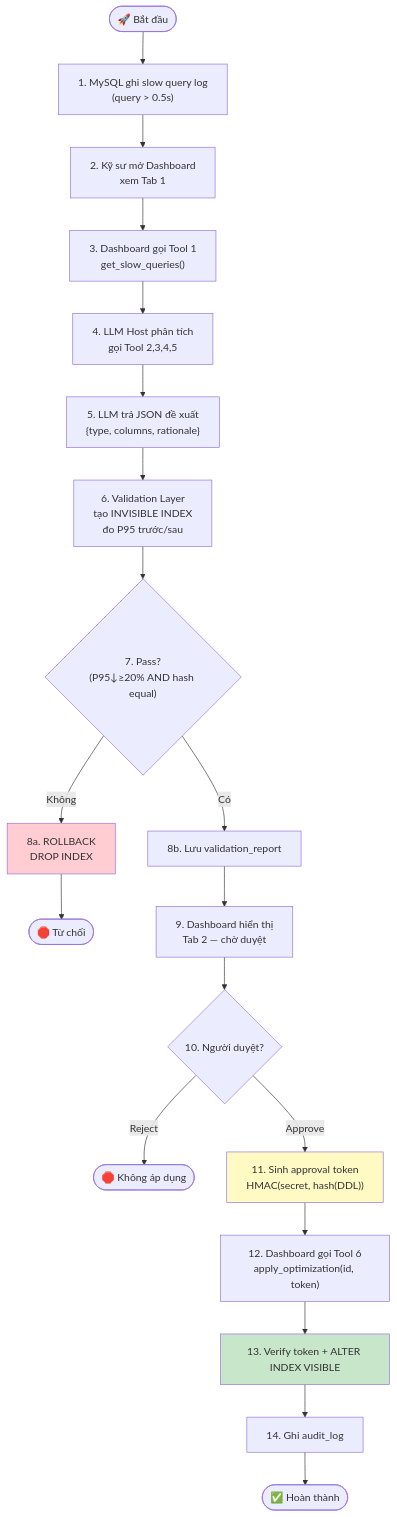
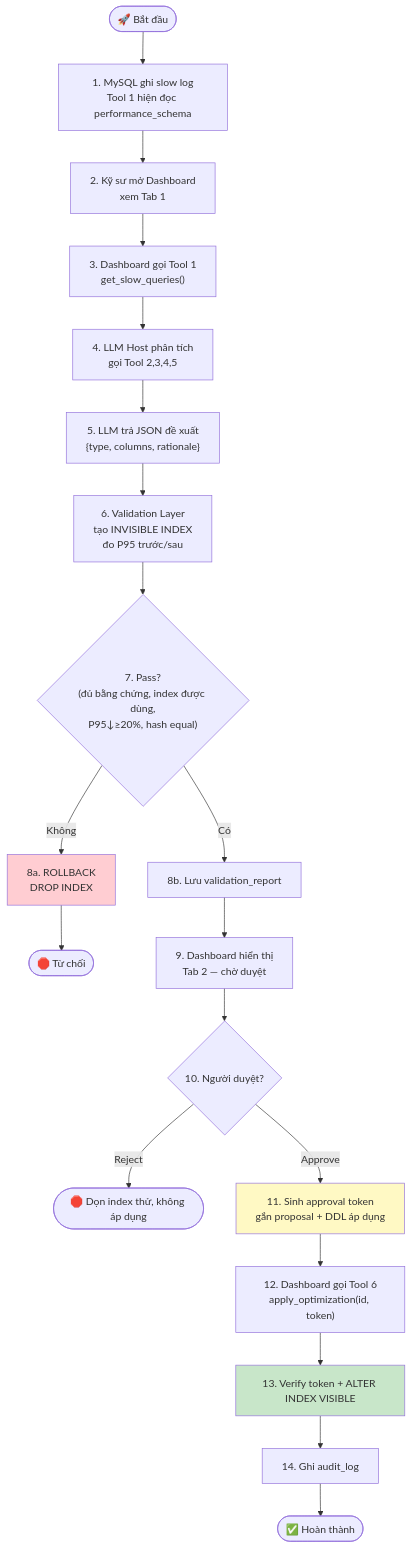
The third of 8 diagrams in docs/architecture.md (lam-vu6868/mcp-slowquery-optimizer), drawn with Mermaid before and after one commit. The commit also changed other lines of this file and 15 other files, not shown here.

Commit message:
fix: nội dung file architecture và comment lại các file liên quan

````diff
--- a/docs/architecture.md
+++ b/docs/architecture.md
@@ -225,25 +232,25 @@
 ```mermaid
 flowchart TD
-    S([🚀 Bắt đầu]) --> B1["1. MySQL ghi slow query log<br/>(query > 0.5s)"]
+    S([🚀 Bắt đầu]) --> B1["1. MySQL ghi slow log<br/>Tool 1 hiện đọc performance_schema"]
     B1 --> B2["2. Kỹ sư mở Dashboard<br/>xem Tab 1"]
     B2 --> B3["3. Dashboard gọi Tool 1<br/>get_slow_queries()"]
     B3 --> B4["4. LLM Host phân tích<br/>gọi Tool 2,3,4,5"]
     B4 --> B5["5. LLM trả JSON đề xuất<br/>{type, columns, rationale}"]
     B5 --> B6["6. Validation Layer<br/>tạo INVISIBLE INDEX<br/>đo P95 trước/sau"]
-    B6 --> B7{"7. Pass?<br/>(P95↓≥20% AND hash equal)"}
+    B6 --> B7{"7. Pass?<br/>(đủ bằng chứng, index được dùng,<br/>P95↓≥20%, hash equal)"}
     B7 -->|Không| B8["8a. ROLLBACK<br/>DROP INDEX"]
     B7 -->|Có| B9["8b. Lưu validation_report"]
     B8 --> END([🛑 Từ chối])
     B9 --> B10["9. Dashboard hiển thị<br/>Tab 2 — chờ duyệt"]
     B10 --> B11{"10. Người duyệt?"}
-    B11 -->|Reject| END2([🛑 Không áp dụng])
-    B11 -->|Approve| B12["11. Sinh approval token<br/>HMAC(secret, hash(DDL))"]
+    B11 -->|Reject| END2([🛑 Dọn index thử, không áp dụng])
+    B11 -->|Approve| B12["11. Sinh approval token<br/>gắn proposal + DDL áp dụng"]
     B12 --> B13["12. Dashboard gọi Tool 6<br/>apply_optimization(id, token)"]
     B13 --> B14["13. Verify token + ALTER INDEX VISIBLE"]
     B14 --> B15["14. Ghi audit_log"]
     B15 --> END3([✅ Hoàn thành])
 
     style B8 fill:#ffcdd2
     style B14 fill:#c8e6c9
     style B12 fill:#fff9c4
 ```
````
